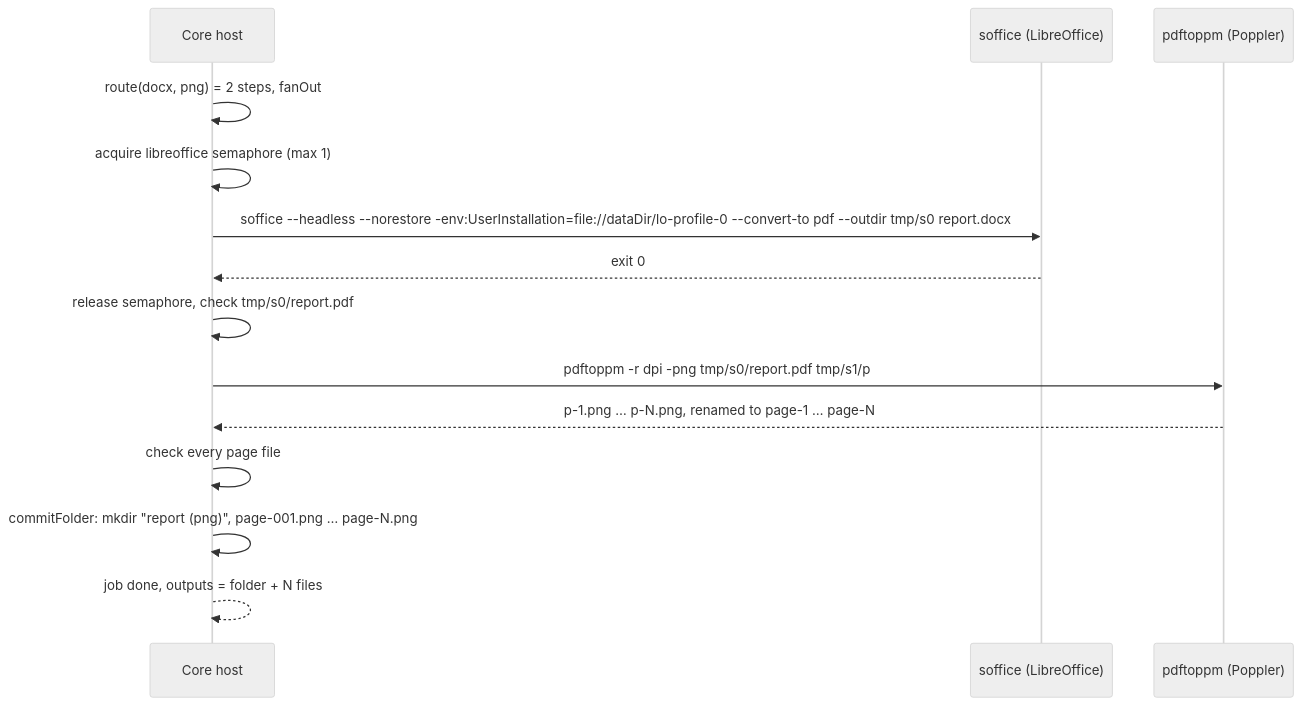
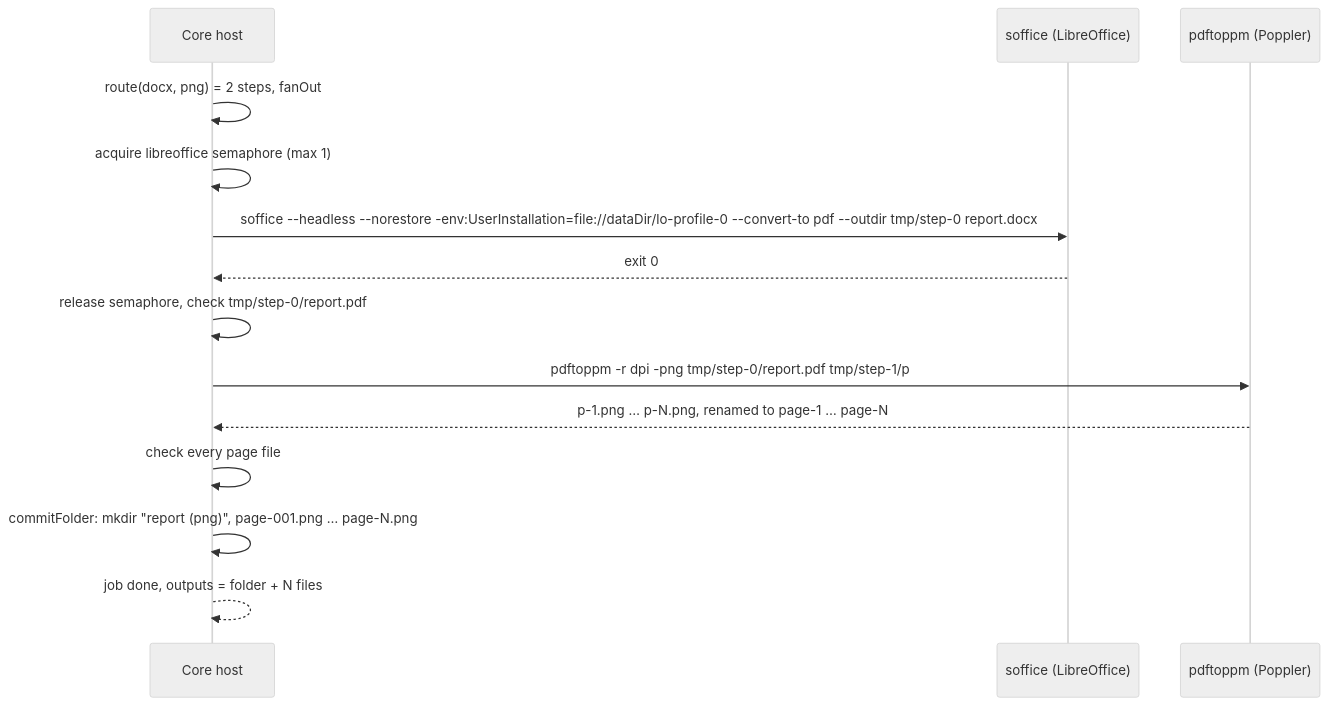
The eighth of 19 diagrams in docs/FLOWS.md (Anuragvish22/FileCon), drawn with Mermaid (neutral theme) before and after one commit. The commit also changed other lines of this file and 26 other files, not shown here.

First line of the commit message:
M0-4: graph and routing; lint-enforced naming rule

````diff
--- a/docs/FLOWS.md
+++ b/docs/FLOWS.md
@@ -185,16 +185,16 @@
 ```mermaid
 sequenceDiagram
   participant Core as Core host
   participant Soffice as soffice (LibreOffice)
   participant Poppler as pdftoppm (Poppler)
   Core->>Core: route(docx, png) = 2 steps, fanOut
   Core->>Core: acquire libreoffice semaphore (max 1)
-  Core->>Soffice: soffice --headless --norestore -env:UserInstallation=file://dataDir/lo-profile-0 --convert-to pdf --outdir tmp/s0 report.docx
+  Core->>Soffice: soffice --headless --norestore -env:UserInstallation=file://dataDir/lo-profile-0 --convert-to pdf --outdir tmp/step-0 report.docx
   Soffice-->>Core: exit 0
-  Core->>Core: release semaphore, check tmp/s0/report.pdf
-  Core->>Poppler: pdftoppm -r dpi -png tmp/s0/report.pdf tmp/s1/p
+  Core->>Core: release semaphore, check tmp/step-0/report.pdf
+  Core->>Poppler: pdftoppm -r dpi -png tmp/step-0/report.pdf tmp/step-1/p
   Poppler-->>Core: p-1.png … p-N.png, renamed to page-1 … page-N
   Core->>Core: check every page file
   Core->>Core: commitFolder: mkdir "report (png)", page-001.png … page-N.png
   Core-->>Core: job done, outputs = folder + N files
 ```
````
